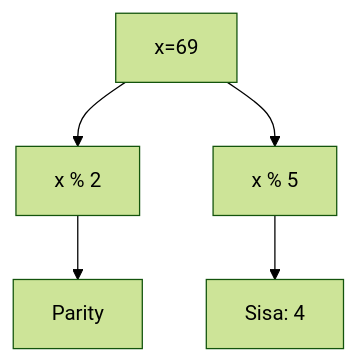
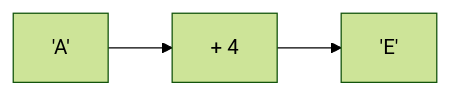
Before and after one commit to amnahwaida/OSNK_INF_PREP: diagram 19 of 25 in part-c-pemahaman-cpp/04-fungsi/latihan/set-07.md, drawn with Mermaid (forest theme). The commit also changed other lines of this file and 71 other files, not shown here.

Commit message:
Fixed Mermaid syntax lexical errors with quoted labels in 1,800 questions

````diff
--- a/part-c-pemahaman-cpp/04-fungsi/latihan/set-07.md
+++ b/part-c-pemahaman-cpp/04-fungsi/latihan/set-07.md
@@ -536,7 +598,5 @@
 ```mermaid
-graph TD
-A[x=69] --> B[x % 2]
-B --> C[Parity]
-A --> D[x % 5]
-D --> E[Sisa: 4]
+graph LR
+A["'A'"] --> B["+ 4"]
+B --> C["'E'"]
 ```
````
